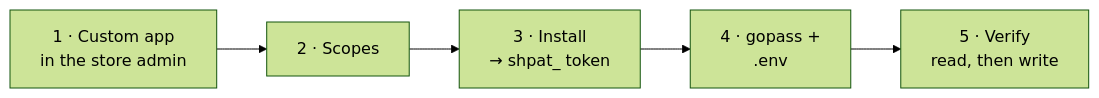
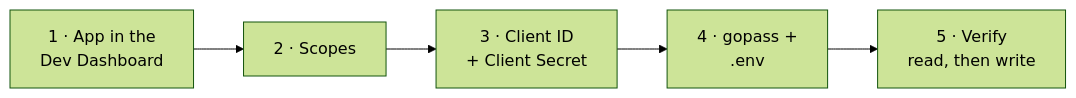
Before and after one commit to santiagoposadag/ShopifyVitrina: the diagram in docs/shopify-setup.md, drawn with Mermaid (forest theme). The commit also changed other lines of this file and 13 other files, not shown here.

````diff
--- a/docs/shopify-setup.md
+++ b/docs/shopify-setup.md
@@ -3,7 +3,7 @@
 ```mermaid
 graph LR
-    A["1 · Custom app<br/>in the store admin"] --> B["2 · Scopes"]
-    B --> C["3 · Install<br/>→ shpat_ token"]
+    A["1 · App in the<br/>Dev Dashboard"] --> B["2 · Scopes"]
+    B --> C["3 · Client ID<br/>+ Client Secret"]
     C --> D["4 · gopass +<br/>.env"]
     D --> E["5 · Verify<br/>read, then write"]
 ```
````
